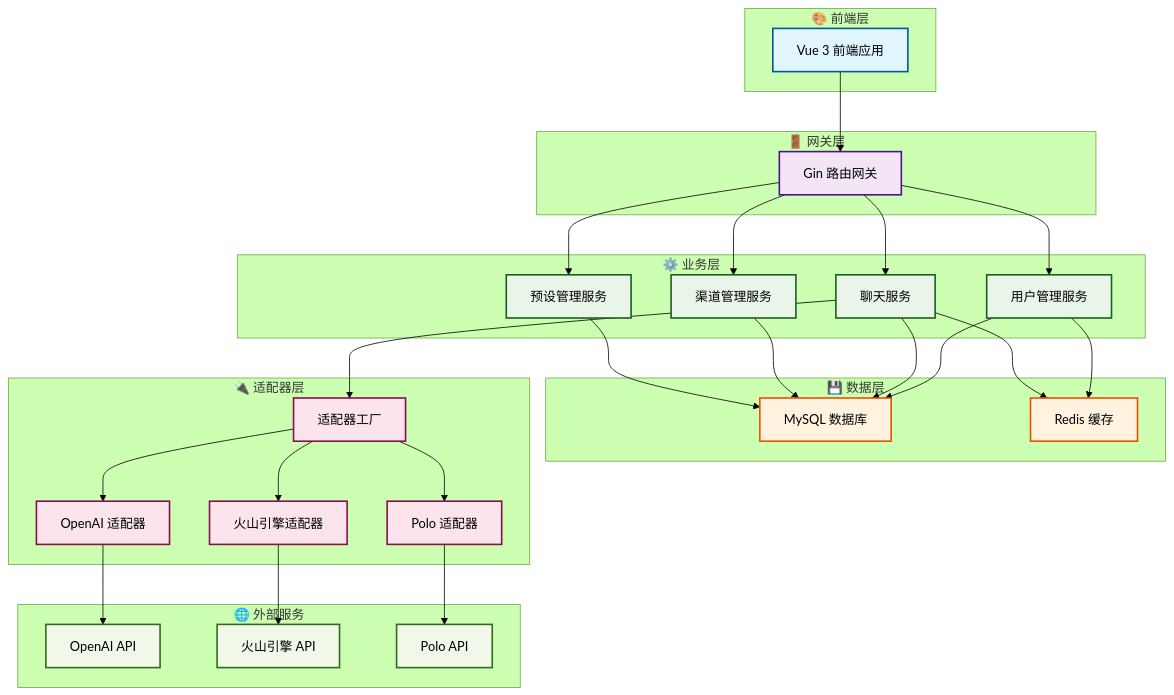
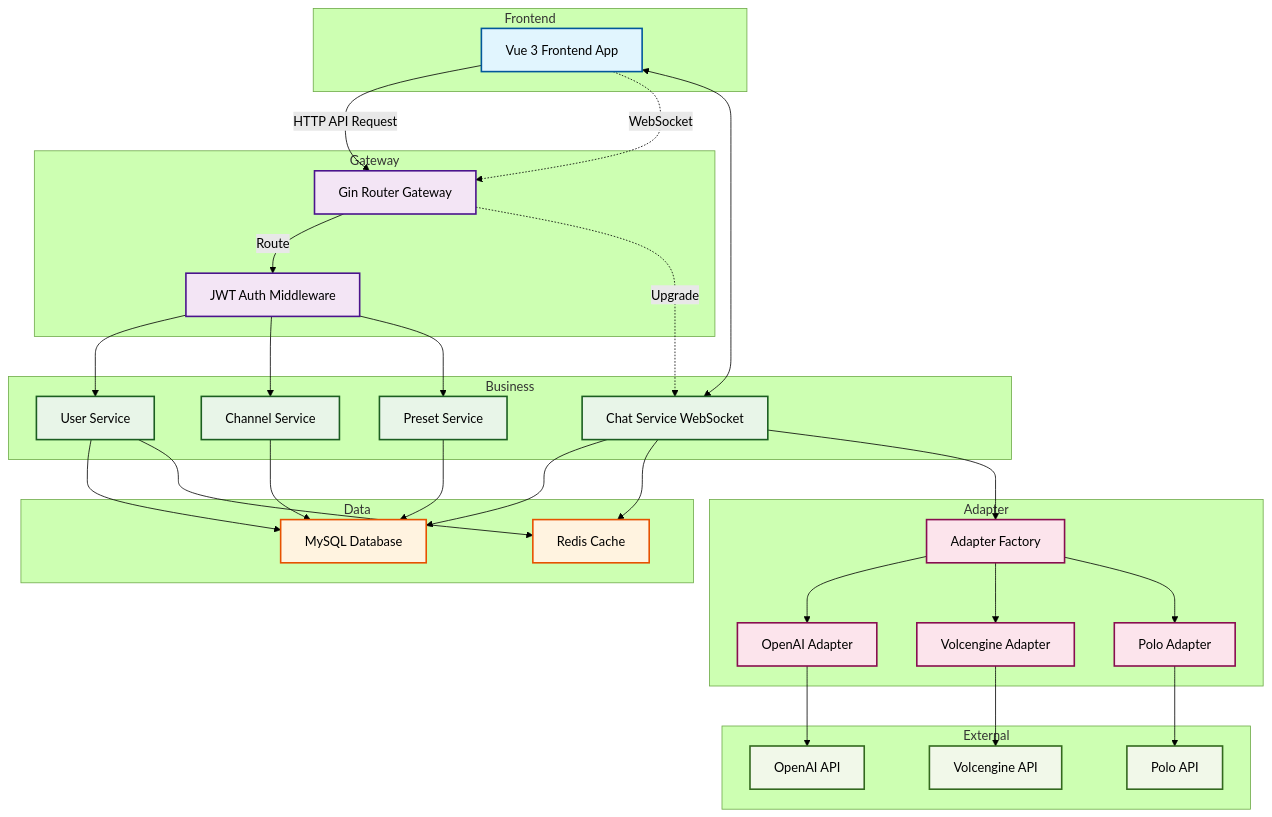
One commit to lemon-puls/txing-ai changed the first of 6 diagrams in README.md. Above: the diagram before and after it, drawn with Mermaid (forest theme).

Commit message:
docs: 细化系统架构图

```diff
--- a/README.md
+++ b/README.md
@@ -103,68 +103,76 @@
     classDef external fill:#f1f8e9,stroke:#33691e,stroke-width:2px
     
     %% 1. 前端层
-    subgraph "🎨 前端层"
-        A[Vue 3 前端应用]
+    subgraph Frontend
+        A[Vue 3 Frontend App]
     end
     
     %% 2. 网关层
-    subgraph "🚪 网关层"
-        E[Gin 路由网关]
+    subgraph Gateway
+        E[Gin Router Gateway]
+        E1[JWT Auth Middleware]
     end
     
     %% 3. 业务层
-    subgraph "⚙️ 业务层"
-        I[用户管理服务]
-        L[聊天服务]
-        P[渠道管理服务]
-        T[预设管理服务]
+    subgraph Business
+        I[User Service]
+        P[Channel Service]
+        T[Preset Service]
+        L[Chat Service WebSocket]
     end
 
     %% 4. 数据层
-    subgraph "💾 数据层"
-        CC[MySQL 数据库]
-        HH[Redis 缓存]
+    subgraph Data
+        CC[MySQL Database]
+        HH[Redis Cache]
     end
     
     %% 5. 适配器层
-    subgraph "🔌 适配器层"
-        ZZ[适配器工厂]
-        W[OpenAI 适配器]
-        Y[火山引擎适配器]
-        AA[Polo 适配器]
+    subgraph Adapter
+        ZZ[Adapter Factory]
+        W[OpenAI Adapter]
+        Y[Volcengine Adapter]
+        AA[Polo Adapter]
     end
     
     %% 6. 外部服务
-    subgraph "🌐 外部服务"
+    subgraph External
         X[OpenAI API]
-        Z[火山引擎 API]
+        Z[Volcengine API]
         BB[Polo API]
     end
     
-    %% --- 连接关系 ---
+    %% 连接关系
+    A -->|HTTP API Request| E
+    E -->|Route| E1
+    E1 --> I
+    E1 --> P
+    E1 --> T
+
+    A -.->|WebSocket| E
+    E -.->|Upgrade| L
+    A <--> L
     
-    %% 主要垂直流程
-    A --> E
-    E --> I & L & P & T
-
-    %% 业务层到数据层
-    I --> CC & HH
-    L --> CC & HH
+    I --> CC
+    I --> HH
+    L --> CC
+    L --> HH
     P --> CC
     T --> CC
 
-    %% 业务层到适配器层
     L --> ZZ
+    ZZ --> W
+    ZZ --> Y
+    ZZ --> AA
 
-    %% 适配器层到外部服务
-    ZZ --> W --> X
-    ZZ --> Y --> Z
-    ZZ --> AA --> BB
+    W --> X
+    Y --> Z
+    AA --> BB
     
     %% 应用样式
     class A frontend
-    class E gateway
-    class I,L,P,T business
+    class E,E1 gateway
+    class I,P,T,L business
     class CC,HH data
     class ZZ,W,Y,AA adapter
     class X,Z,BB external
```
